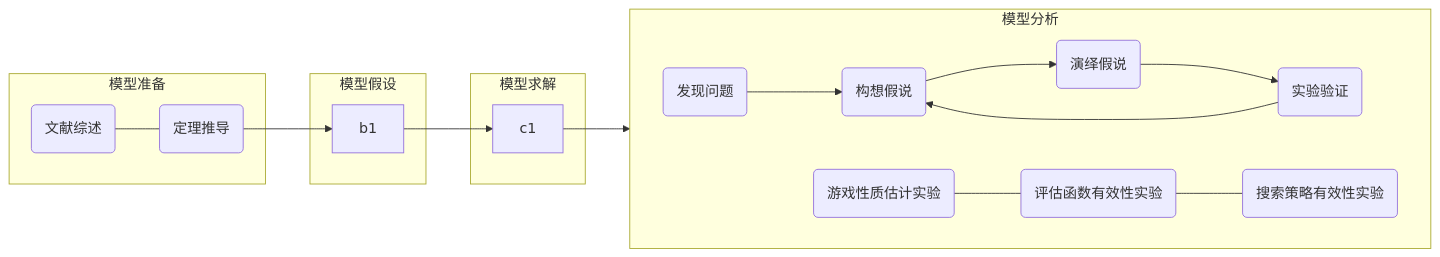
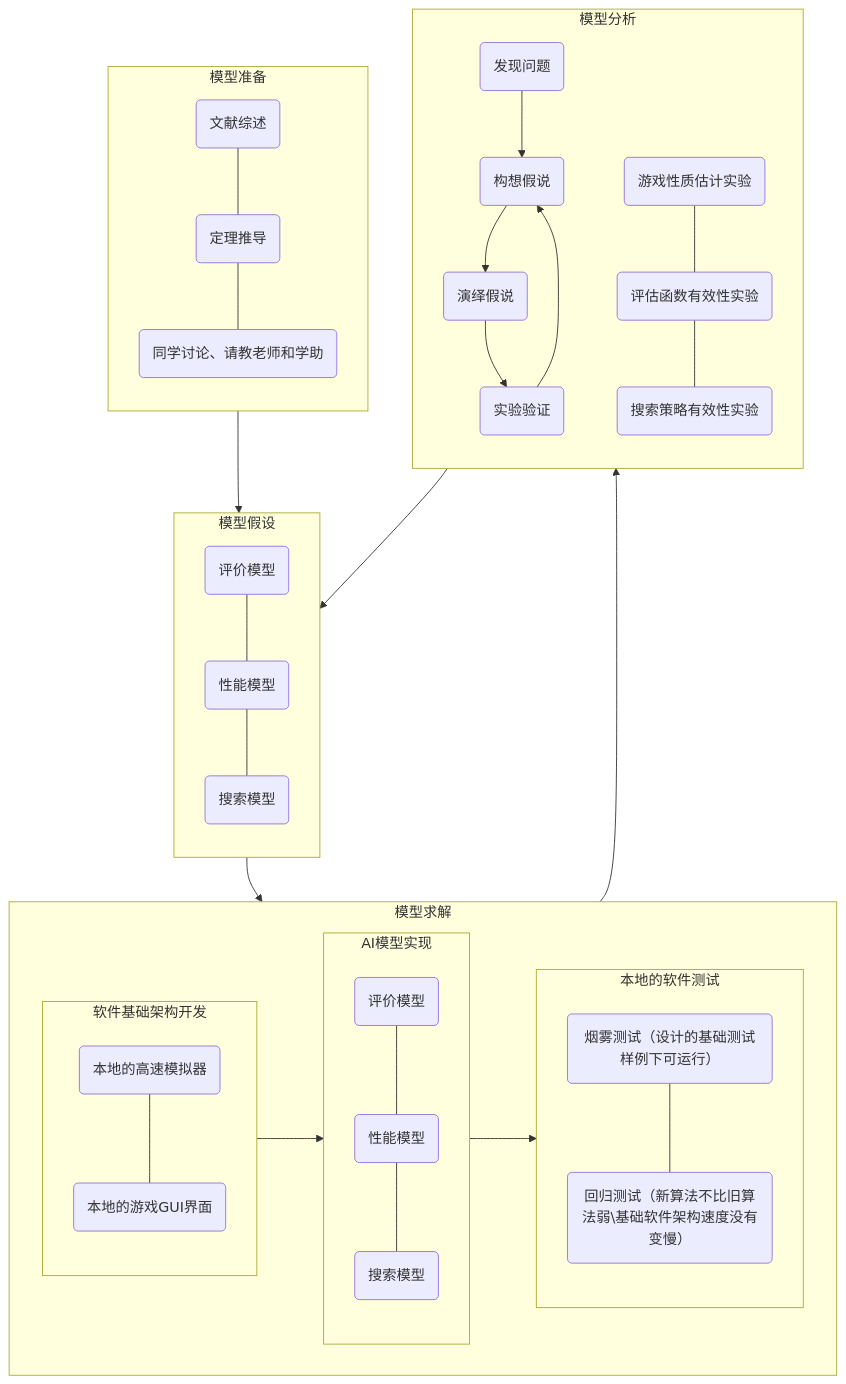
The fourth of 4 diagrams in doc/P_Project1/P_Project1.md (2catycm/SUSTech-CS303_311-Artificial-Intelligence-Project), drawn with Mermaid before and after one commit. The commit also changed other lines of this file, not shown here.

````diff
--- a/doc/P_Project1/P_Project1.md
+++ b/doc/P_Project1/P_Project1.md
@@ -282,30 +282,58 @@
 ```mermaid
-flowchart LR
+flowchart TD
 
 subgraph A ["模型准备"]
+ direction TB
  a1(文献综述)
  a2(定理推导)
- a1---a2
+ a3("同学讨论、请教老师和学助")
+ 
+ a1---a2---a3
 end
 subgraph B ["模型假设"]
- b1
+direction TB
+ 	b1(评价模型)
+	b2(性能模型)
+	b3(搜索模型)
+	b1---b2---b3
 end
 subgraph C ["模型求解"]
-c1
+direction LR
+subgraph c1["软件基础架构开发"]
+	direction TB
+	c11(本地的高速模拟器)
+	c12(本地的游戏GUI界面)
+	c11---c12
+end
+subgraph c2["AI模型实现"]
+	direction TB
+	c21(评价模型)
+	c22(性能模型)
+	c23(搜索模型)
+	c21---c22---c23
+end
+subgraph c3["本地的软件测试"]
+	direction TB
+	c31("烟雾测试（设计的基础测试样例下可运行）")
+	c32("回归测试（新算法不比旧算法弱\基础软件架构速度没有变慢）")
+	c31---c32
+end
+
+c1-->c2-->c3
 end
 
 subgraph D ["模型分析"]
-    direction LR
+    direction TB
 	d1(发现问题)
 	d2(构想假说)
 	d3(演绎假说)
 	d4(实验验证)
 	d1-->d2-->d3-->d4-->d2
 	d5(游戏性质估计实验)
 	%%subgraph d6 ["评估函数有效性实验"]d61(专家法特征)d62( ) %%end
 	d6(评估函数有效性实验)
 	d7(搜索策略有效性实验)
 	d5---d6---d7
 end
-a2-->b1-->c1-->d1
+A-->B-->C-->D-->B
 ```
````
